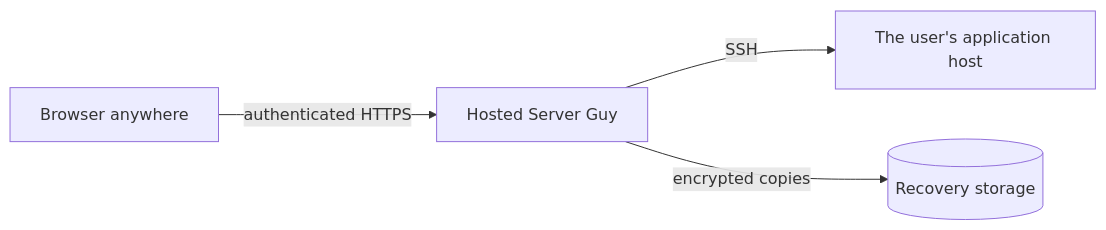
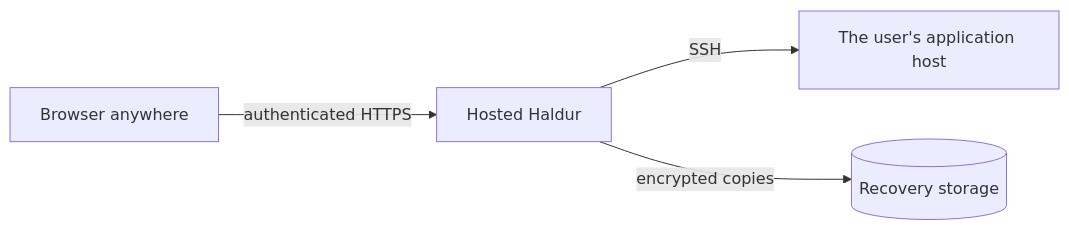
Before and after one commit to lustoykov/hallvi: the third of 3 diagrams in docs/design/always-on-concept.md, drawn with Mermaid. The commit also changed other lines of this file and 424 other files, not shown here.

First line of the commit message:
Rename Server Guy to Haldur, keeping existing installations in place (#127)

````diff
--- a/docs/design/always-on-concept.md
+++ b/docs/design/always-on-concept.md
@@ -94,6 +94,6 @@
 ```mermaid
 flowchart LR
-  B[Browser anywhere] -- authenticated HTTPS --> S[Hosted Server Guy]
+  B[Browser anywhere] -- authenticated HTTPS --> S[Hosted Haldur]
   S -- SSH --> H[The user's application host]
   S -- encrypted copies --> R[(Recovery storage)]
 ```
````
